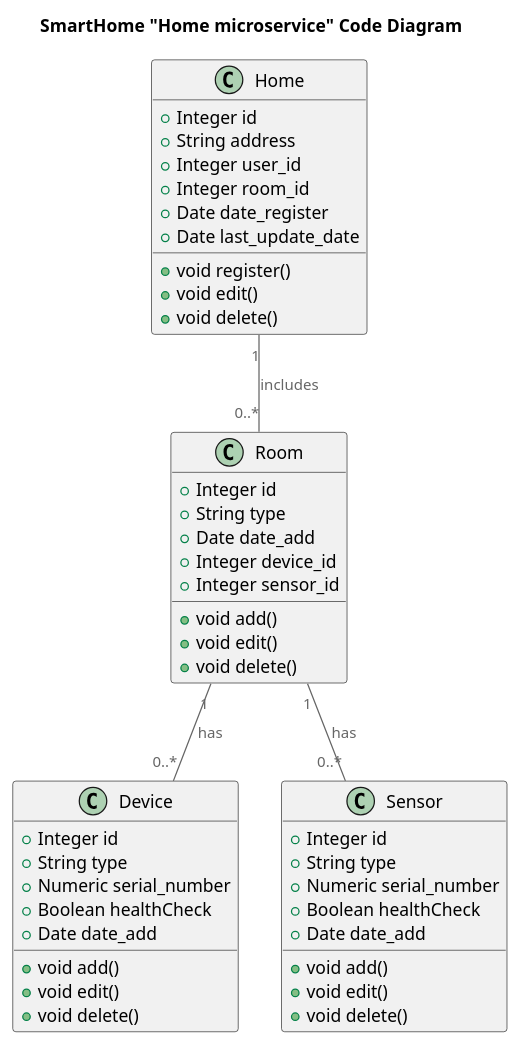
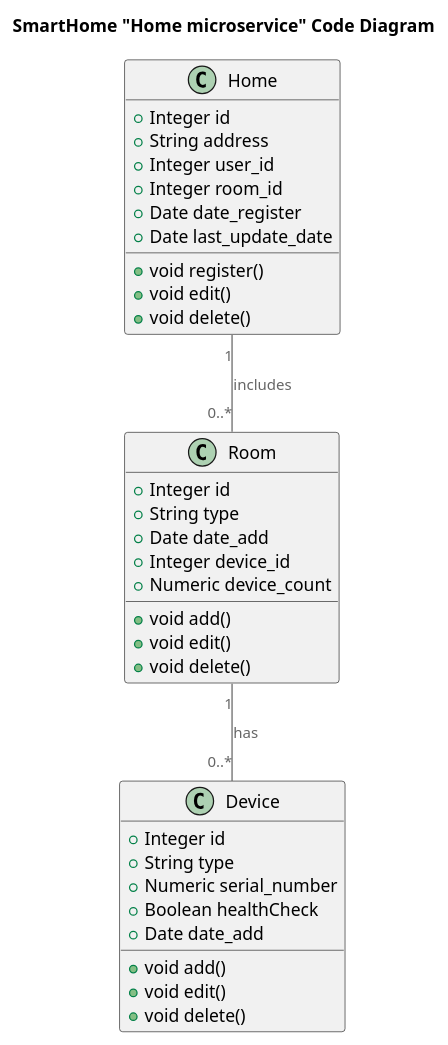
The diagram in diagrams/code/To-be. Code.puml (Ayzatullin/Yandex-Practicum-architecture-sprint-3), drawn with PlantUML before and after one commit. The commit also changed 6 other files, not shown here.

Commit message:
Исправил схемы

```diff
--- a/diagrams/code/To-be. Code.puml
+++ b/diagrams/code/To-be. Code.puml
@@ -1,57 +1,47 @@
 @startuml
 title SmartHome "Home microservice" Code Diagram
 
 top to bottom direction
 
 !includeurl https://raw.githubusercontent.com/RicardoNiepel/C4-PlantUML/master/C4_Component.puml
 
 class Home {
   +Integer id
   +String address
   +Integer user_id
   +Integer room_id
   +Date date_register
   +Date last_update_date
   +void register()
   +void edit()
   +void delete()
 }
 
 class Room {
   +Integer id
   +String type
   +Date date_add
   +Integer device_id
-  +Integer sensor_id
+  +Numeric device_count
   +void add()
   +void edit()
   +void delete()
 }
 
 class Device {
   +Integer id
   +String type
   +Numeric serial_number
   +Boolean healthCheck
   +Date date_add
   +void add()
   +void edit()
   +void delete()
 }
 
-class Sensor {
-  +Integer id
-  +String type
-  +Numeric serial_number
-  +Boolean healthCheck
-  +Date date_add
-  +void add()
-  +void edit()
-  +void delete()
-}
 
 Home "1" -- "0..*" Room : includes
 Room "1" -- "0..*" Device : has
-Room "1" -- "0..*" Sensor : has
+
 
 @enduml
```
